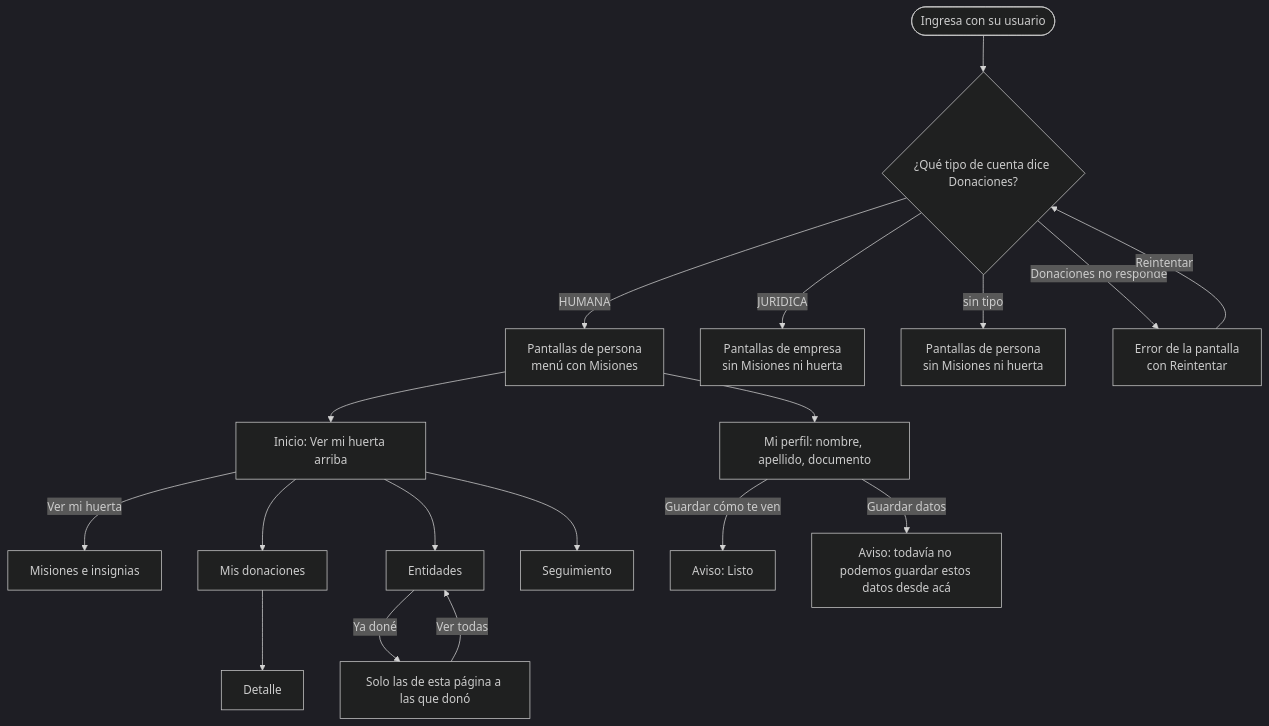
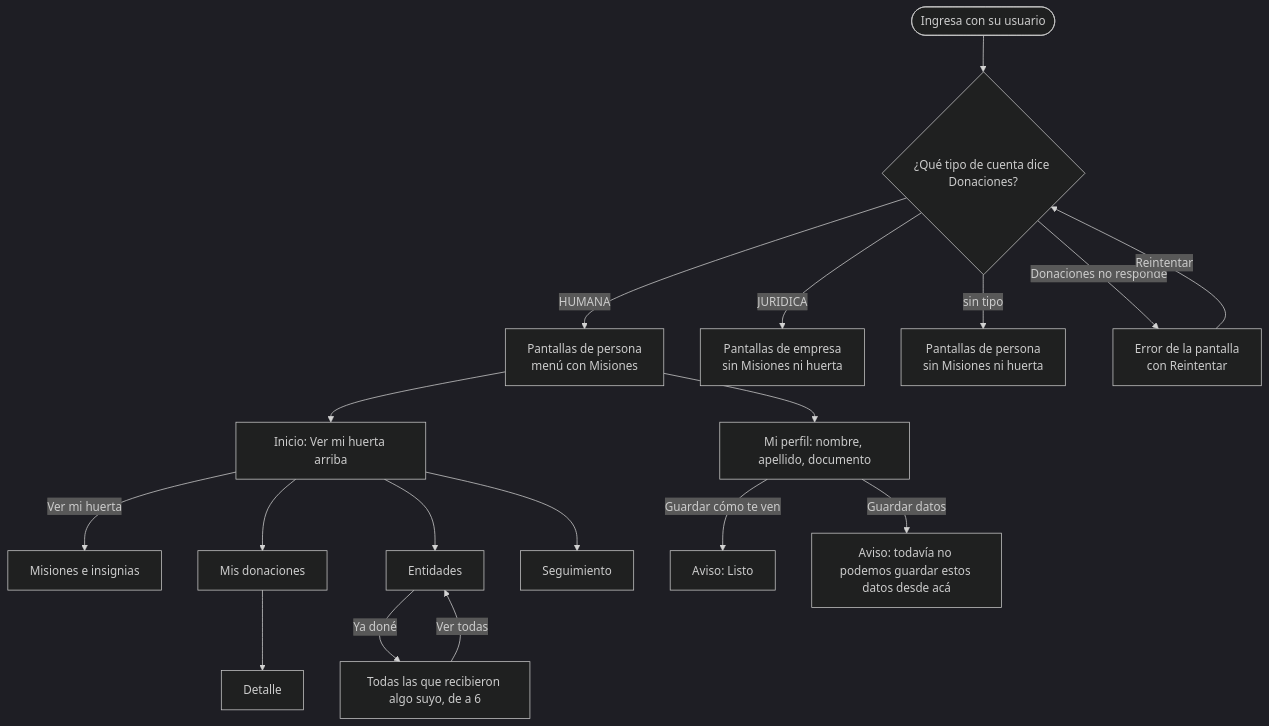
One commit to tsorren/DonaTrack-TP-DDS changed the diagram in docs/interfaz/flujos/r11-p0-persona.md. Above: the diagram before and after it, drawn with Mermaid (dark theme). The commit also changed other lines of this file and 53 other files, not shown here.

````diff
--- a/docs/interfaz/flujos/r11-p0-persona.md
+++ b/docs/interfaz/flujos/r11-p0-persona.md
@@ -57,19 +57,19 @@
 ```mermaid
 flowchart TD
   ingreso([Ingresa con su usuario]) --> tipo{¿Qué tipo de cuenta dice Donaciones?}
   tipo -->|HUMANA| persona[Pantallas de persona<br/>menú con Misiones]
   tipo -->|JURIDICA| empresa[Pantallas de empresa<br/>sin Misiones ni huerta]
   tipo -->|sin tipo| sintipo[Pantallas de persona<br/>sin Misiones ni huerta]
   tipo -->|Donaciones no responde| error[Error de la pantalla<br/>con Reintentar]
   persona --> inicio[Inicio: Ver mi huerta arriba]
   inicio -->|Ver mi huerta| misiones[Misiones e insignias]
   inicio --> donaciones[Mis donaciones] --> detalle[Detalle]
   inicio --> entidades[Entidades]
-  entidades -->|Ya doné| yadone[Solo las de esta página a las que donó]
+  entidades -->|Ya doné| yadone[Todas las que recibieron algo suyo, de a 6]
   yadone -->|Ver todas| entidades
   inicio --> seguimiento[Seguimiento]
   persona --> perfil[Mi perfil: nombre, apellido, documento]
   perfil -->|Guardar cómo te ven| guardado[Aviso: Listo]
   perfil -->|Guardar datos| noguarda[Aviso: todavía no podemos guardar estos datos desde acá]
   error -->|Reintentar| tipo
 ```
````
